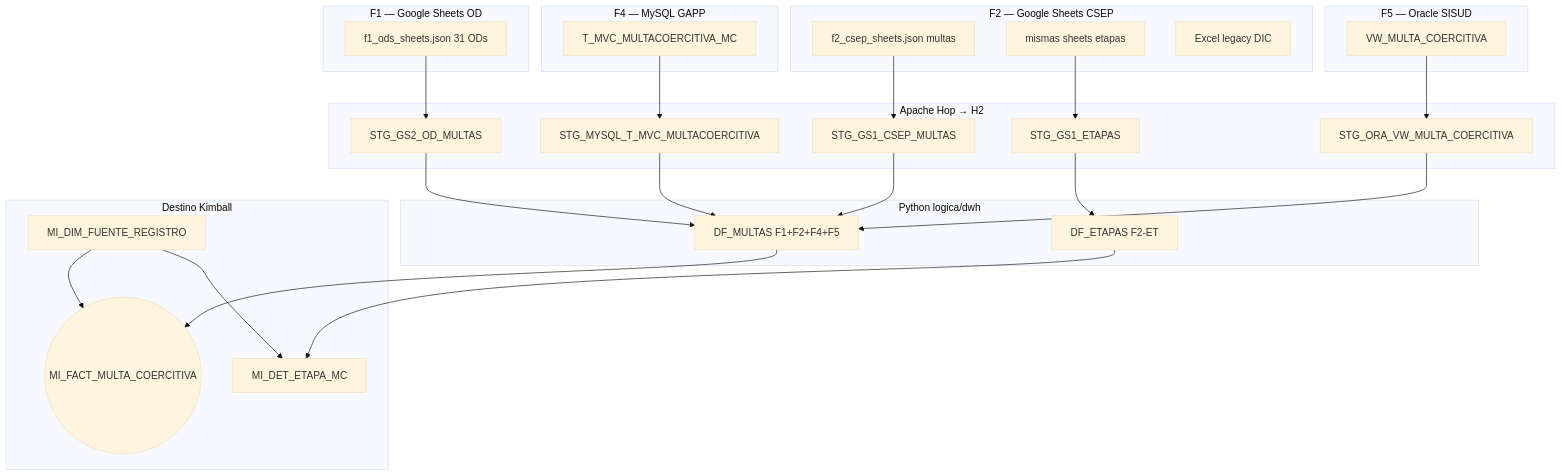
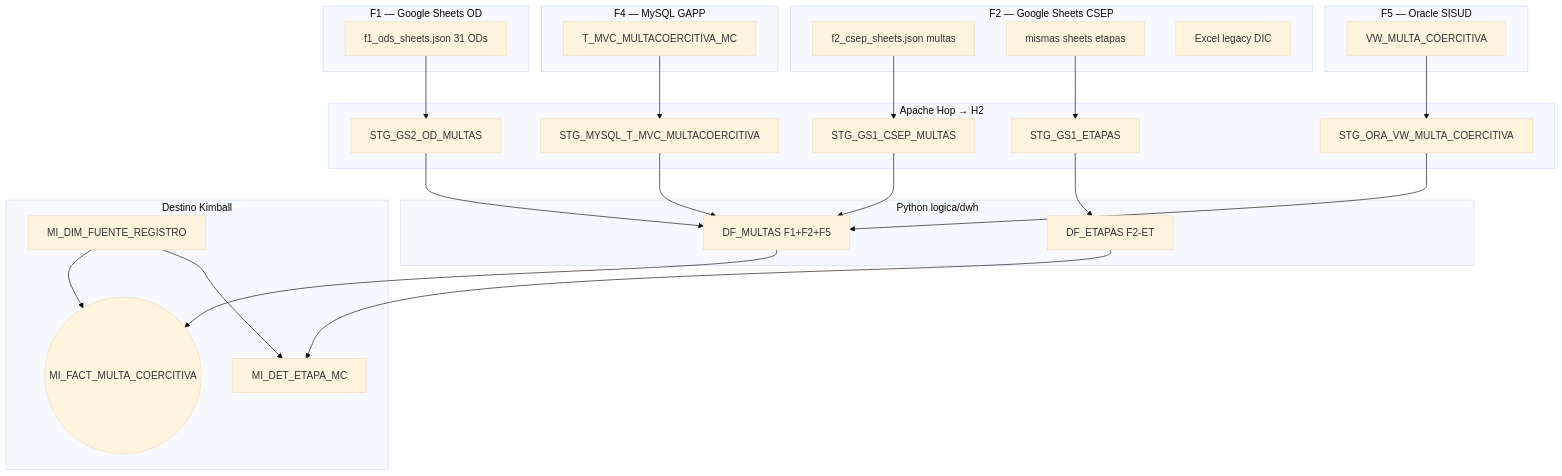
One commit to nwodevops/multa_informes_etl changed the first of 3 diagrams in docs/adjuntos/modelo-kimball.md. Above: the diagram before and after it, drawn with Mermaid (base theme). The commit also changed other lines of this file and 60 other files, not shown here.

````diff
--- a/docs/adjuntos/modelo-kimball.md
+++ b/docs/adjuntos/modelo-kimball.md
@@ -18,42 +18,42 @@
 ```mermaid
 flowchart TB
   subgraph F1 [F1 — Google Sheets OD]
     X1["f1_ods_sheets.json 31 ODs"]
   end
   subgraph F2 [F2 — Google Sheets CSEP]
     X2M["f2_csep_sheets.json multas"]
     X2E["mismas sheets etapas"]
     X2D["Excel legacy DIC"]
   end
   subgraph F4 [F4 — MySQL GAPP]
     M4["T_MVC_MULTACOERCITIVA_MC"]
   end
   subgraph F5 [F5 — Oracle SISUD]
     O5["VW_MULTA_COERCITIVA"]
   end
   subgraph hop [Apache Hop → H2]
     S2["STG_GS2_OD_MULTAS"]
     S1["STG_GS1_CSEP_MULTAS"]
     SE["STG_GS1_ETAPAS"]
     SM["STG_MYSQL_T_MVC_MULTACOERCITIVA"]
     SV["STG_ORA_VW_MULTA_COERCITIVA"]
   end
   subgraph python [Python logica/dwh]
-    DF_M["DF_MULTAS F1+F2+F4+F5"]
+    DF_M["DF_MULTAS F1+F2+F5"]
     DF_E["DF_ETAPAS F2-ET"]
   end
   subgraph destino [Destino Kimball]
     DIMF["MI_DIM_FUENTE_REGISTRO"]
     FMC(("MI_FACT_MULTA_COERCITIVA"))
     DET["MI_DET_ETAPA_MC"]
   end
   X1 --> S2 --> DF_M
   X2M --> S1 --> DF_M
   X2E --> SE --> DF_E
   M4 --> SM --> DF_M
   O5 --> SV --> DF_M
   DF_M --> FMC
   DF_E --> DET
   DIMF --> FMC
   DIMF --> DET
 ```
````
